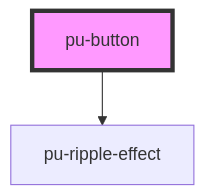
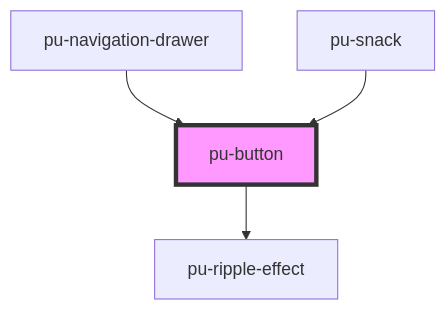
Before and after one commit to prounity-uz/prounity-ui: the diagram in packages/stencil-library/src/components/pu-button/readme.md, drawn with Mermaid. The commit also changed other lines of this file and 10 other files, not shown here.

````diff
--- a/packages/stencil-library/src/components/pu-button/readme.md
+++ b/packages/stencil-library/src/components/pu-button/readme.md
@@ -23,5 +28,7 @@
 ```mermaid
 graph TD;
   pu-button --> pu-ripple-effect
+  pu-navigation-drawer --> pu-button
+  pu-snack --> pu-button
   style pu-button fill:#f9f,stroke:#333,stroke-width:4px
 ```
````
